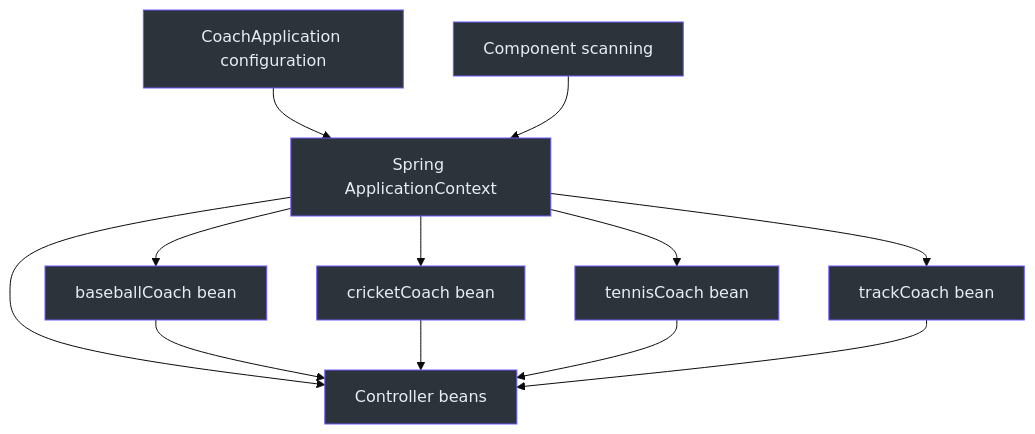
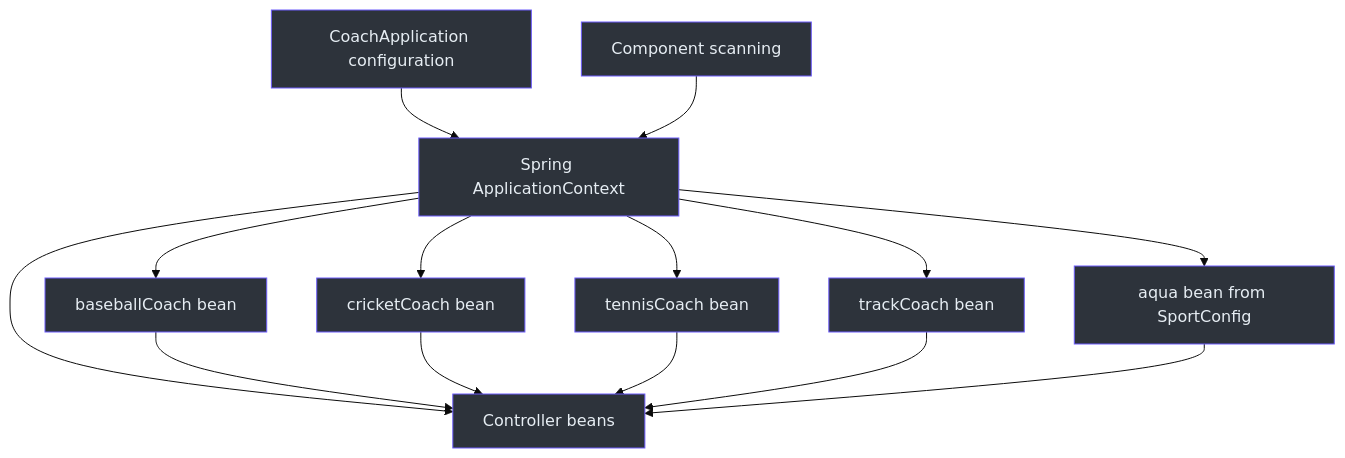
Before and after one commit to namelessnode/springboot4-chad-darby: the first of 13 diagrams in 02-spring-boot-core/coach/notes.md, drawn with Mermaid (base theme). The commit also changed other lines of this file and 9 other files, not shown here.

````diff
--- a/02-spring-boot-core/coach/notes.md
+++ b/02-spring-boot-core/coach/notes.md
@@ -72,16 +80,18 @@
 ```mermaid
 graph TD
     Config[CoachApplication configuration] --> Context[Spring ApplicationContext]
     Scan[Component scanning] --> Context
     Context --> B[baseballCoach bean]
     Context --> C[cricketCoach bean]
     Context --> T[tennisCoach bean]
     Context --> R[trackCoach bean]
+    Context --> A[aqua bean from SportConfig]
     Context --> Controllers[Controller beans]
     B --> Controllers
     C --> Controllers
     T --> Controllers
     R --> Controllers
+    A --> Controllers
     classDef dark fill:#2d333b,stroke:#6d5dfc,color:#e6edf3
-    class Config,Context,Scan,B,C,T,R,Controllers dark
+    class Config,Context,Scan,B,C,T,R,A,Controllers dark
 ```
````
